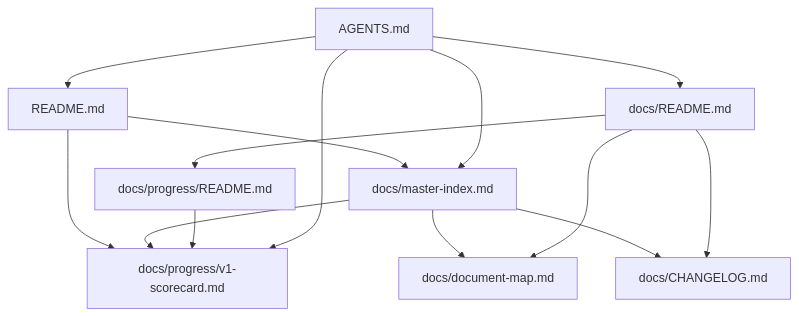
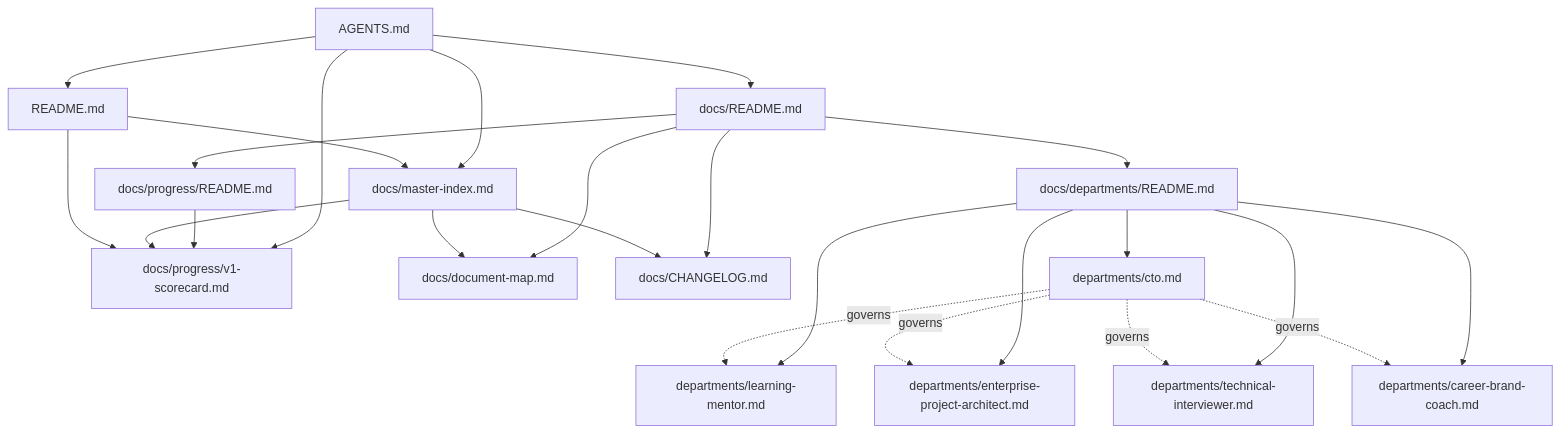
Before and after one commit to AI-DSOS/AI-Data-Science-Operating-System: the diagram in docs/document-map.md, drawn with Mermaid. The commit also changed other lines of this file and 9 other files, not shown here.

````diff
--- a/docs/document-map.md
+++ b/docs/document-map.md
@@ -24,20 +24,31 @@
 ```mermaid
 graph TD
     AGENTS[AGENTS.md] --> README[README.md]
     AGENTS --> DocsReadme[docs/README.md]
     AGENTS --> MasterIndex[docs/master-index.md]
     AGENTS --> Scorecard[docs/progress/v1-scorecard.md]
 
     DocsReadme --> ProgressReadme[docs/progress/README.md]
     DocsReadme --> DocMap[docs/document-map.md]
     DocsReadme --> Changelog[docs/CHANGELOG.md]
 
     ProgressReadme --> Scorecard
 
     MasterIndex --> DocMap
     MasterIndex --> Scorecard
     MasterIndex --> Changelog
 
     README --> MasterIndex
     README --> Scorecard
+
+    DocsReadme --> DeptReadme[docs/departments/README.md]
+    DeptReadme --> LM[departments/learning-mentor.md]
+    DeptReadme --> EPA[departments/enterprise-project-architect.md]
+    DeptReadme --> TI[departments/technical-interviewer.md]
+    DeptReadme --> CBC[departments/career-brand-coach.md]
+    DeptReadme --> CTO[departments/cto.md]
+    CTO -.governs.-> LM
+    CTO -.governs.-> EPA
+    CTO -.governs.-> TI
+    CTO -.governs.-> CBC
 ```
````
